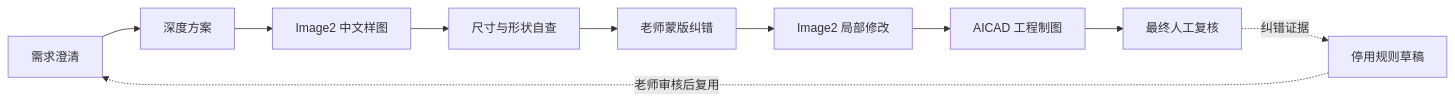
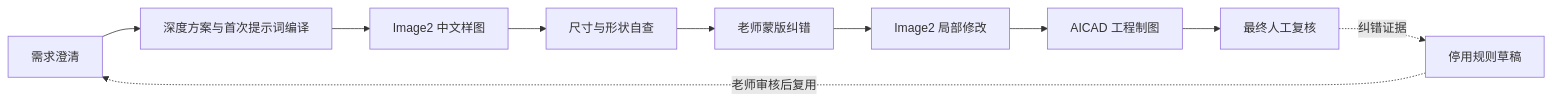
Before and after one commit to JMET04/ai-apprentice: the diagram in README.md, drawn with Mermaid. The commit also changed other lines of this file and 17 other files, not shown here.

````diff
--- a/README.md
+++ b/README.md
@@ -17,12 +17,12 @@
 ```mermaid
 flowchart LR
-  A[需求澄清] --> B[深度方案]
+  A[需求澄清] --> B[深度方案与首次提示词编译]
   B --> C[Image2 中文样图]
   C --> D[尺寸与形状自查]
   D --> E[老师蒙版纠错]
   E --> F[Image2 局部修改]
   F --> G[AICAD 工程制图]
   G --> H[最终人工复核]
   H -. 纠错证据 .-> I[停用规则草稿]
   I -. 老师审核后复用 .-> A
 ```
````
